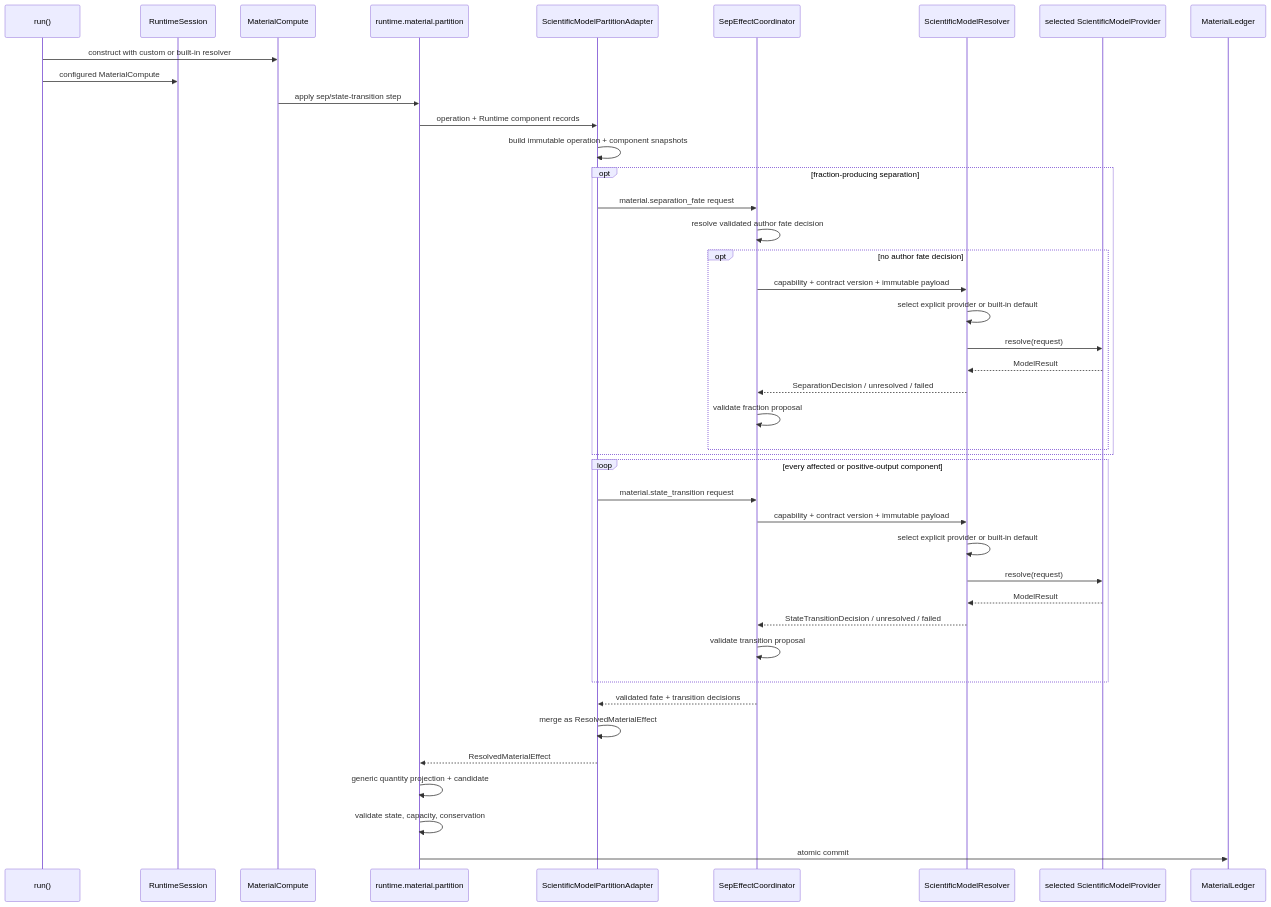
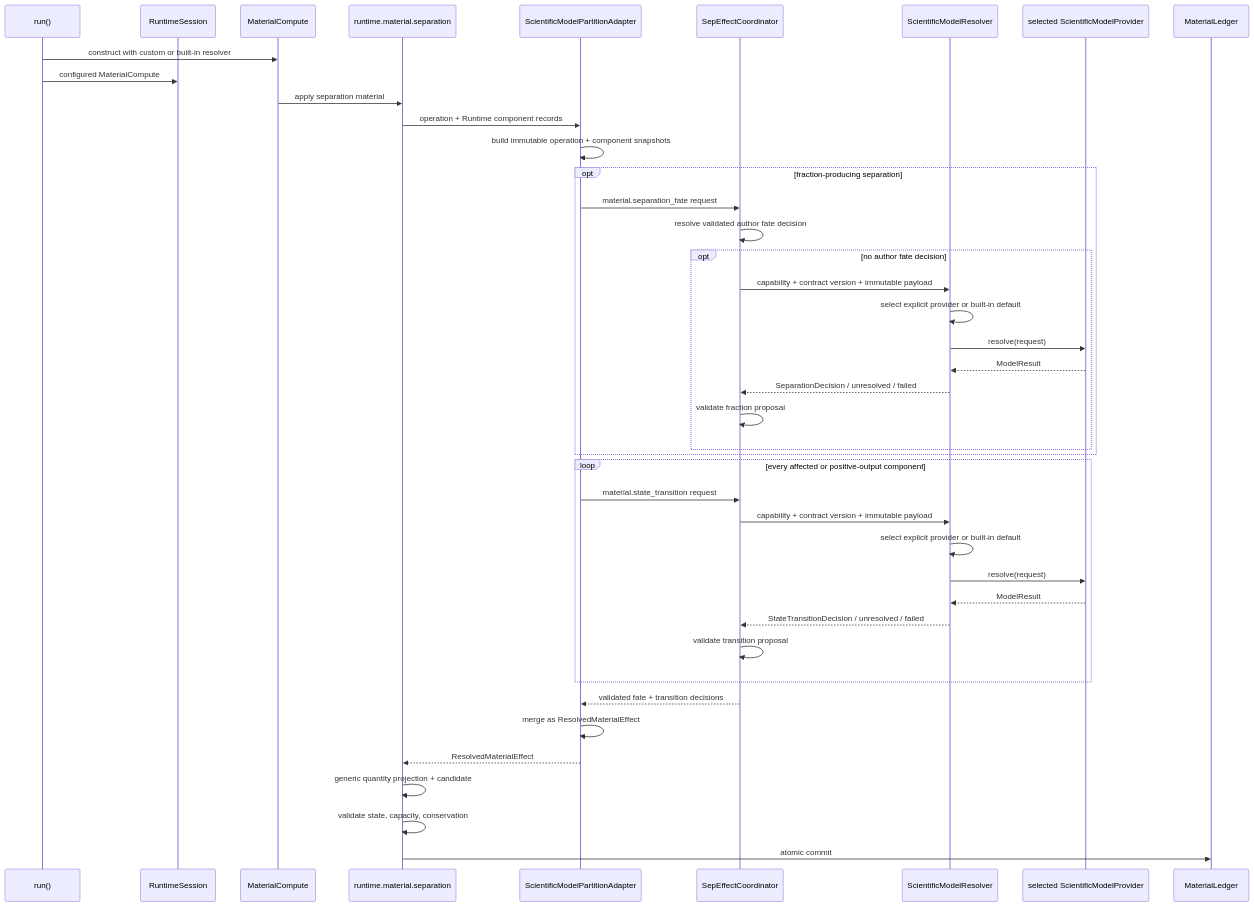
The fifth of 8 diagrams in docs/architecture/scientific_model_module_diagrams.md (culsma/culsma), drawn with Mermaid before and after one commit. The commit also changed other lines of this file and 17 other files, not shown here.

Commit message:
refactor(material): centralize separation application

````diff
--- a/docs/architecture/scientific_model_module_diagrams.md
+++ b/docs/architecture/scientific_model_module_diagrams.md
@@ -367,45 +372,45 @@
 ```mermaid
 sequenceDiagram
     participant API as run()
     participant Session as RuntimeSession
     participant Compute as MaterialCompute
-    participant Partition as runtime.material.partition
+    participant Separation as runtime.material.separation
     participant Adapter as ScientificModelPartitionAdapter
     participant Model as SepEffectCoordinator
     participant Resolver as ScientificModelResolver
     participant Provider as selected ScientificModelProvider
     participant Ledger as MaterialLedger
 
     API->>Compute: construct with custom or built-in resolver
     API->>Session: configured MaterialCompute
-    Compute->>Partition: apply sep/state-transition step
-    Partition->>Adapter: operation + Runtime component records
+    Compute->>Separation: apply separation material
+    Separation->>Adapter: operation + Runtime component records
     Adapter->>Adapter: build immutable operation + component snapshots
     opt fraction-producing separation
         Adapter->>Model: material.separation_fate request
         Model->>Model: resolve validated author fate decision
         opt no author fate decision
             Model->>Resolver: capability + contract version + immutable payload
             Resolver->>Resolver: select explicit provider or built-in default
             Resolver->>Provider: resolve(request)
             Provider-->>Resolver: ModelResult
             Resolver-->>Model: SeparationDecision / unresolved / failed
             Model->>Model: validate fraction proposal
         end
     end
     loop every affected or positive-output component
         Adapter->>Model: material.state_transition request
         Model->>Resolver: capability + contract version + immutable payload
         Resolver->>Resolver: select explicit provider or built-in default
         Resolver->>Provider: resolve(request)
         Provider-->>Resolver: ModelResult
         Resolver-->>Model: StateTransitionDecision / unresolved / failed
         Model->>Model: validate transition proposal
     end
     Model-->>Adapter: validated fate + transition decisions
     Adapter->>Adapter: merge as ResolvedMaterialEffect
-    Adapter-->>Partition: ResolvedMaterialEffect
-    Partition->>Partition: generic quantity projection + candidate
-    Partition->>Partition: validate state, capacity, conservation
-    Partition->>Ledger: atomic commit
+    Adapter-->>Separation: ResolvedMaterialEffect
+    Separation->>Separation: generic quantity projection + candidate
+    Separation->>Separation: validate state, capacity, conservation
+    Separation->>Ledger: atomic commit
 ```
````
